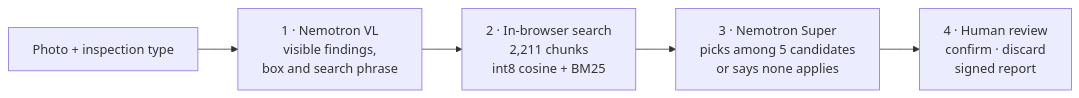
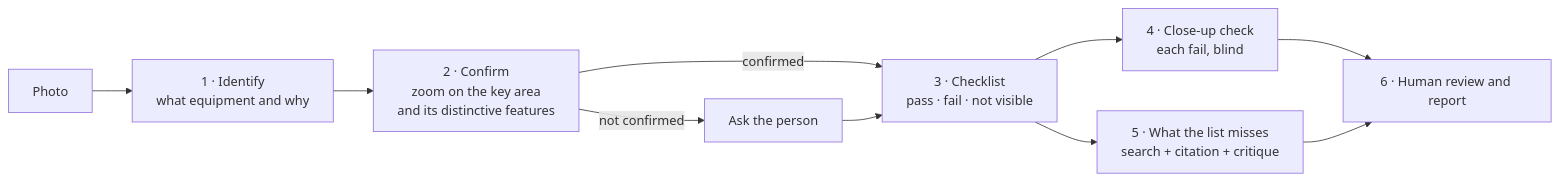
Before and after one commit to JSNN15/supervisor: the diagram in README.en.md, drawn with Mermaid. The commit also changed other lines of this file and 4 other files, not shown here.

````diff
--- a/README.en.md
+++ b/README.en.md
@@ -21,7 +19,12 @@
 ```mermaid
 flowchart LR
-    F[Photo + inspection type] --> V["1 · Nemotron VL<br/>visible findings,<br/>box and search phrase"]
-    V --> B["2 · In-browser search<br/>2,211 chunks<br/>int8 cosine + BM25"]
-    B --> C["3 · Nemotron Super<br/>picks among 5 candidates<br/>or says none applies"]
-    C --> R["4 · Human review<br/>confirm · discard<br/>signed report"]
+    F[Photo] --> I["1 · Identify<br/>what equipment and why"]
+    I --> C["2 · Confirm<br/>zoom on the key area<br/>and its distinctive features"]
+    C -->|not confirmed| P[Ask the person]
+    C -->|confirmed| R["3 · Checklist<br/>pass · fail · not visible"]
+    P --> R
+    R --> V["4 · Close-up check<br/>each fail, blind"]
+    R --> O["5 · What the list misses<br/>search + citation + critique"]
+    V --> H[6 · Human review and report]
+    O --> H
 ```
````
